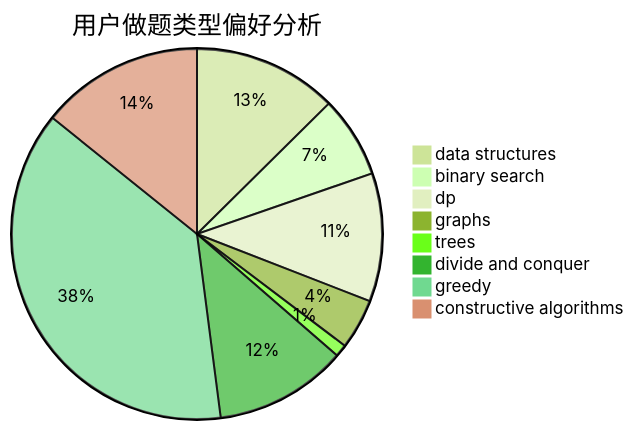
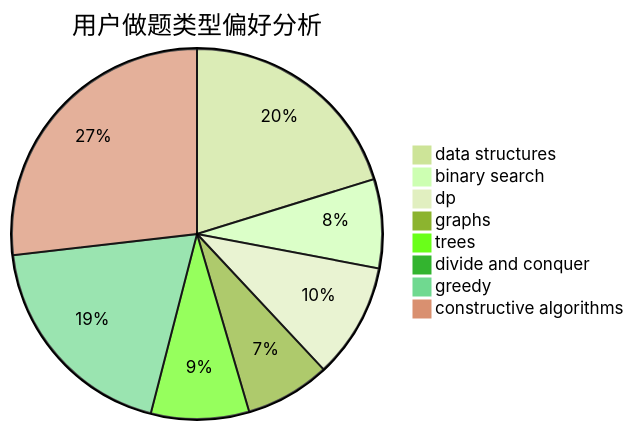
The second of 3 diagrams in docs/user/u97.md (sherpahu/cfrs.github.io), drawn with Mermaid (forest theme) before and after one commit. The commit also changed other lines of this file and 2770 other files, not shown here.

````diff
--- a/docs/user/u97.md
+++ b/docs/user/u97.md
@@ -23,11 +23,11 @@
 ```mermaid
 pie title 用户做题类型偏好分析
-    "data structures" :  200
-    "binary search" :  113
-    "dp" :  178
-    "graphs" :  70
-    "trees" :  17
-    "divide and conquer" :  184
-    "greedy" :  601
-    "constructive algorithms" :  226
+    "data structures" :  229
+    "binary search" :  88
+    "dp" :  114
+    "graphs" :  84
+    "trees" :  97
+    "divide and conquer" :  0
+    "greedy" :  217
+    "constructive algorithms" :  304
 ```
````
